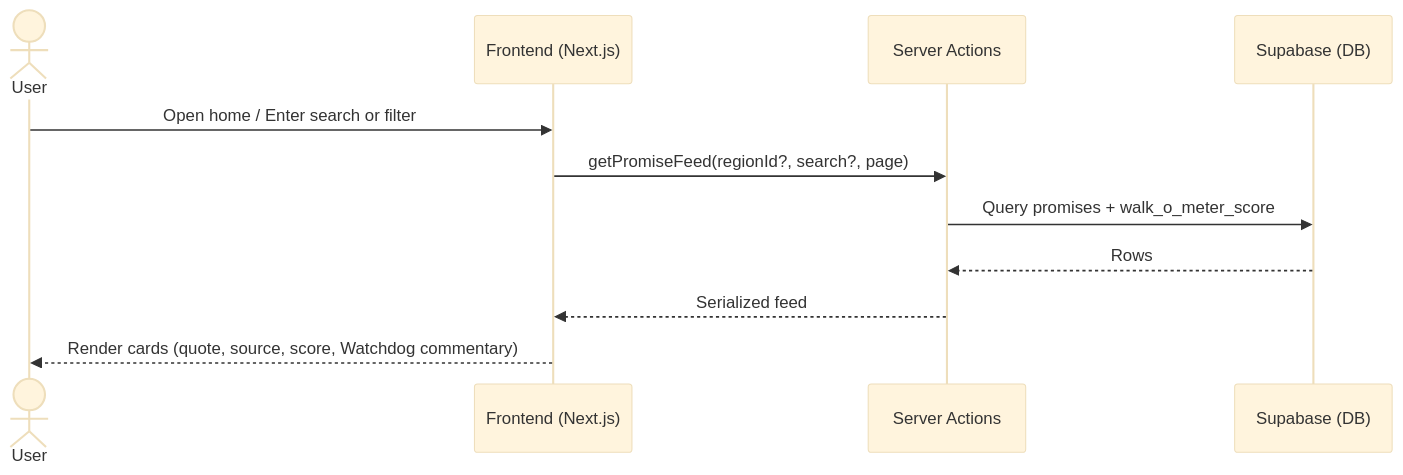
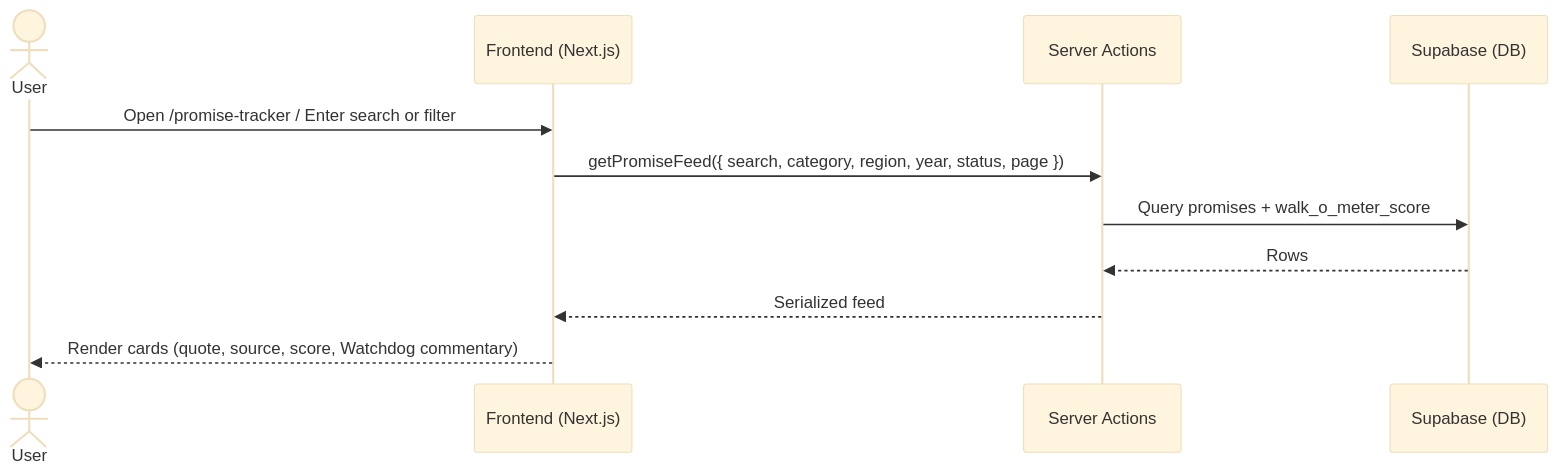
One commit to MG177/WIWOKDETOK-docs changed the first of 3 diagrams in features/feat-promise-tracker.md. Above: the diagram before and after it, drawn with Mermaid (base theme). The commit also changed other lines of this file and 9 other files, not shown here.

````diff
--- a/features/feat-promise-tracker.md
+++ b/features/feat-promise-tracker.md
@@ -156,14 +156,14 @@
 ```mermaid
 sequenceDiagram
     actor User
     participant UI as Frontend (Next.js)
     participant SA as Server Actions
     participant DB as Supabase (DB)
 
-    User->>UI: Open home / Enter search or filter
-    UI->>SA: getPromiseFeed(regionId?, search?, page)
+    User->>UI: Open /promise-tracker / Enter search or filter
+    UI->>SA: getPromiseFeed({ search, category, region, year, status, page })
     SA->>DB: Query promises + walk_o_meter_score
     DB-->>SA: Rows
     SA-->>UI: Serialized feed
     UI-->>User: Render cards (quote, source, score, Watchdog commentary)
 ```
````
